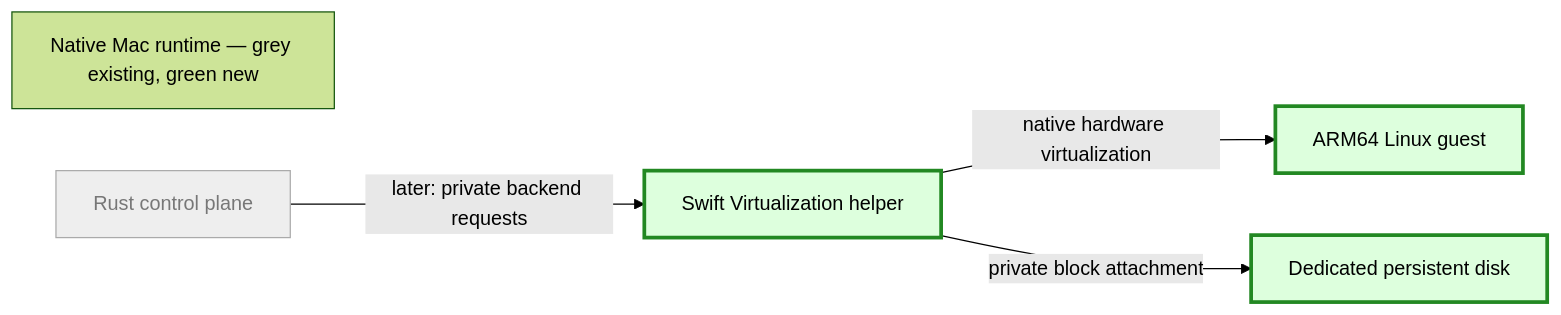
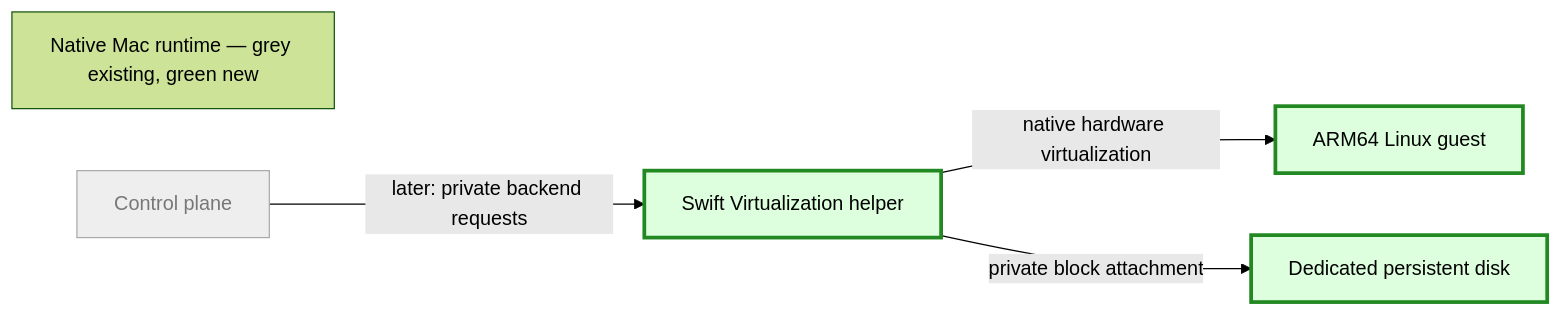
The diagram in docs/plans/mac-host-brief.md (sebassdc/open-workspaces), drawn with Mermaid (forest theme) before and after one commit. The commit also changed other lines of this file and 75 other files, not shown here.

````diff
--- a/docs/plans/mac-host-brief.md
+++ b/docs/plans/mac-host-brief.md
@@ -10,9 +10,9 @@
 ```mermaid
 flowchart LR
  title[Native Mac runtime — grey existing, green new]
- R[Rust control plane]:::old -->|later: private backend requests| H[Swift Virtualization helper]:::new
+ R[Control plane]:::old -->|later: private backend requests| H[Swift Virtualization helper]:::new
  H -->|native hardware virtualization| G[ARM64 Linux guest]:::new
  H -->|private block attachment| D[Dedicated persistent disk]:::new
  classDef old fill:#eee,stroke:#aaa,color:#777
  classDef new fill:#dfd,stroke:#282,stroke-width:3px
 ```
````
